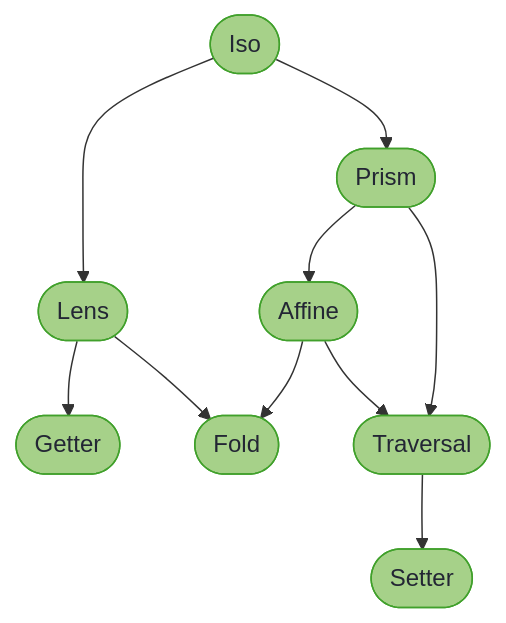
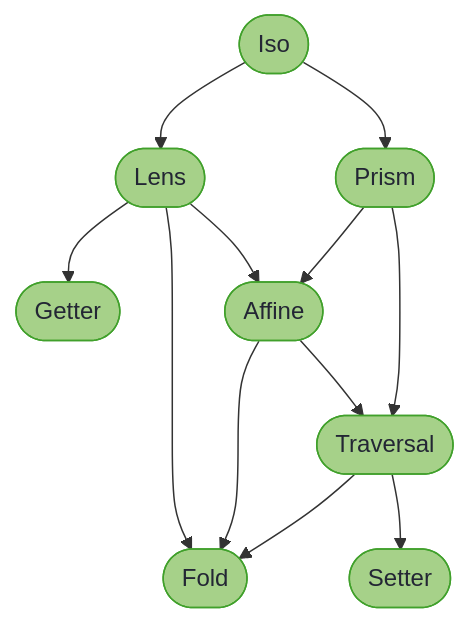
The diagram in hkj-book/src/optics/composition_rules.md (higher-kinded-j/higher-kinded-j), drawn with Mermaid before and after one commit. The commit also changed other lines of this file and 59 other files, not shown here.

````diff
--- a/hkj-book/src/optics/composition_rules.md
+++ b/hkj-book/src/optics/composition_rules.md
@@ -20,15 +20,17 @@
 ```mermaid
 flowchart TD
     I(["Iso"]) --> L(["Lens"])
     I --> P(["Prism"])
     L --> G(["Getter"])
     L --> F(["Fold"])
-    P --> A(["Affine"])
+    L --> A(["Affine"])
+    P --> A
     A --> F
     A --> T(["Traversal"])
     P --> T
+    T --> F
     T --> St(["Setter"])
 
     classDef tier fill:#a6d189,stroke:#40a02b,color:#232634
     class I,L,P,G,F,A,T,St tier
 ```
````
